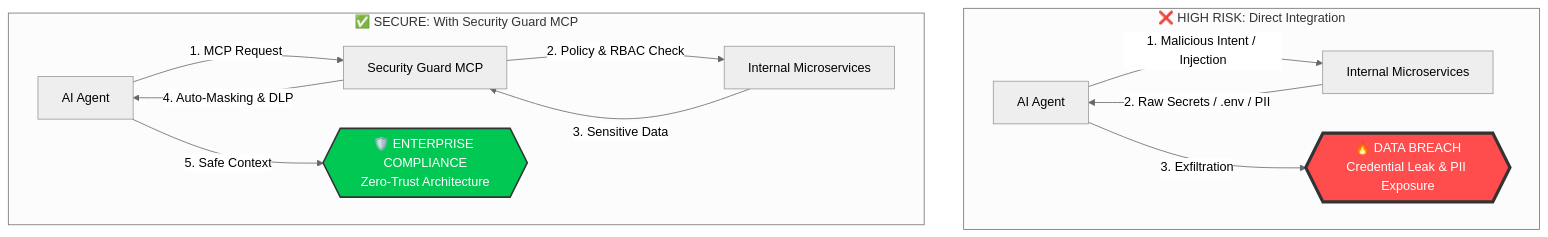
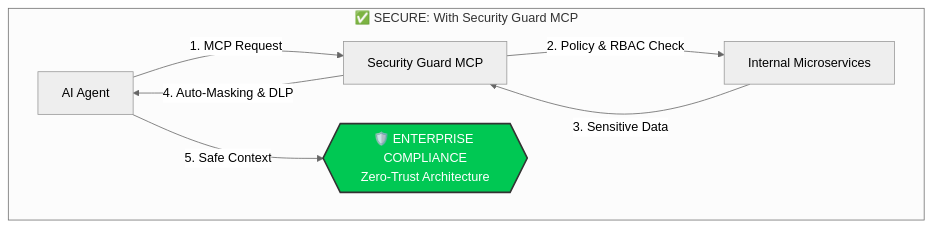
Before and after one commit to marcojourney/security-guard-mcp: the fifth of 5 diagrams in README.md, drawn with Mermaid (neutral theme).

Commit message:
chore(): update readme docs

````diff
--- a/README.md
+++ b/README.md
@@ -133,18 +142,11 @@
 ```mermaid
 graph TD
-    subgraph "❌ HIGH RISK: Direct Integration"
-        A1[AI Agent] -- "1. Malicious Intent / Injection" --> A2[Internal Microservices]
-        A2 -- "2. Raw Secrets / .env / PII" --> A1
-        A1 -- "3. Exfiltration" --> A3{{"🔥 DATA BREACH<br/>Credential Leak & PII Exposure"}}
-        style A3 fill:#ff4d4d,color:#fff,stroke:#333,stroke-width:4px
-    end
-
     subgraph "✅ SECURE: With Security Guard MCP"
         B1[AI Agent] -- "1. MCP Request" --> B2[Security Guard MCP]
         B2 -- "2. Policy & RBAC Check" --> B3[Internal Microservices]
         B3 -- "3. Sensitive Data" --> B2
         B2 -- "4. Auto-Masking & DLP" --> B1
         B1 -- "5. Safe Context" --> B4{{"🛡️ ENTERPRISE COMPLIANCE<br/>Zero-Trust Architecture"}}
         style B4 fill:#00c853,color:#fff,stroke:#333,stroke-width:2px
     end
 ```
````
